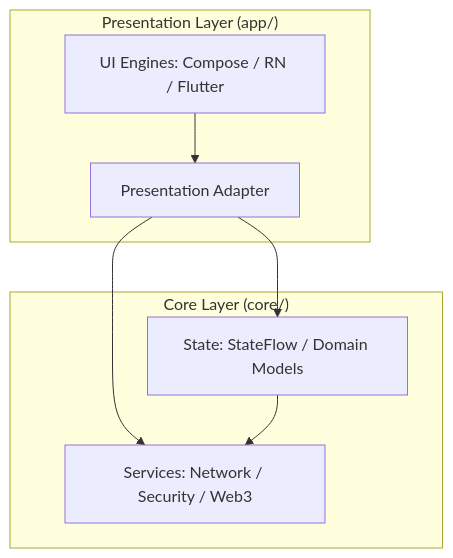
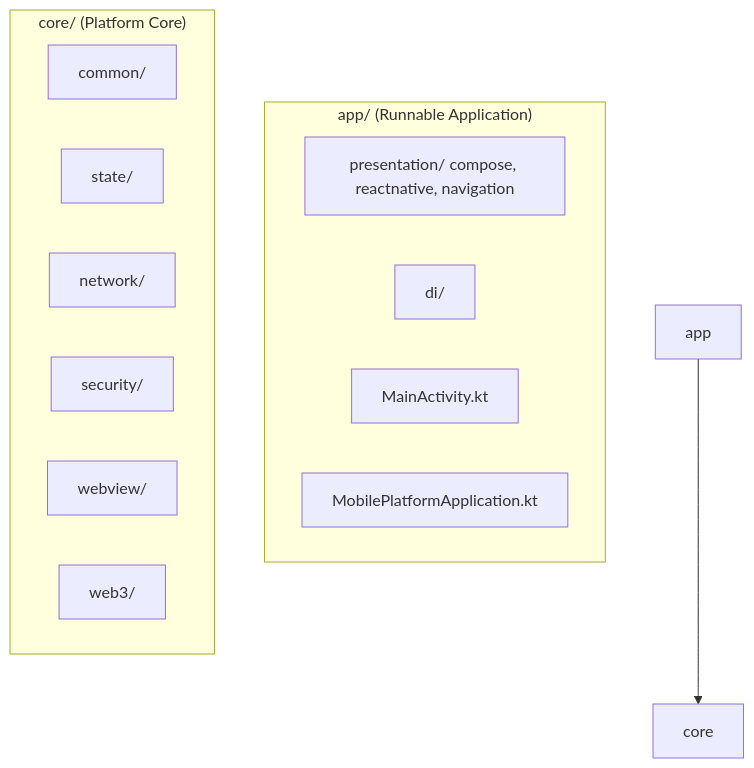
One commit to EvanMobile/mobile-platform-core changed the diagram in README.md. Above: the diagram before and after it, drawn with Mermaid. The commit also changed other lines of this file and 44 other files, not shown here.

Commit message:
feat(init): establish project foundation and runnable app scaffold

````diff
--- a/README.md
+++ b/README.md
@@ -16,17 +19,20 @@
 ```mermaid
 graph TD
-    subgraph "Presentation Layer (app/)"
-        UI[UI Engines: Compose / RN / Flutter]
-        Adapter[Presentation Adapter]
+    subgraph "app/ (Runnable Application)"
+        Presentation[presentation/ compose, reactnative, navigation]
+        DI[di/]
+        Main[MainActivity.kt]
+        App[MobilePlatformApplication.kt]
     end
 
-    subgraph "Core Layer (core/)"
-        State[State: StateFlow / Domain Models]
-        Services[Services: Network / Security / Web3]
+    subgraph "core/ (Platform Core)"
+        Common[common/]
+        State[state/]
+        Network[network/]
+        Security[security/]
+        WebView[webview/]
+        Web3[web3/]
     end
 
-    UI --> Adapter
-    Adapter --> State
-    Adapter --> Services
-    State --> Services
+    app --> core
 ```
````
